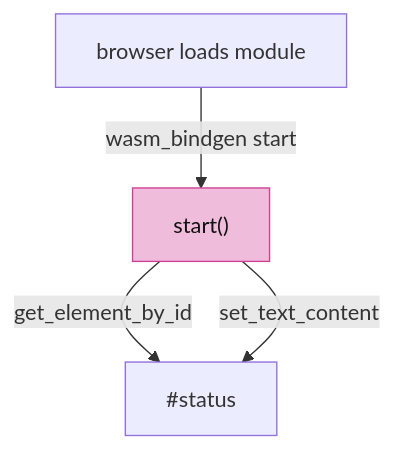
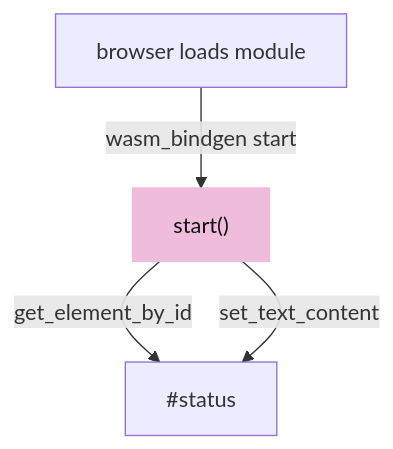
Before and after one commit to petrasvestartas/session: the sixth of 6 diagrams in session_viewer/docs/00-environment.md, drawn with Mermaid. The commit also changed other lines of this file and 324 other files, not shown here.

````diff
--- a/session_viewer/docs/00-environment.md
+++ b/session_viewer/docs/00-environment.md
@@ -108,7 +116,7 @@
 ```mermaid
 flowchart TB
     B["browser loads module"] -- "wasm_bindgen start" --> F["start()"]
     F -- "get_element_by_id" --> S["#status"]
     F -- "set_text_content" --> S
-    style F fill:#f0bcdb,stroke:#ce4095,color:#111
+    style F fill:#f0bcdb,stroke:#f0bcdb,color:#111
 ```
````
